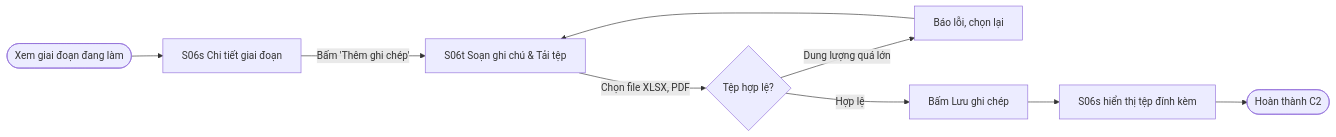
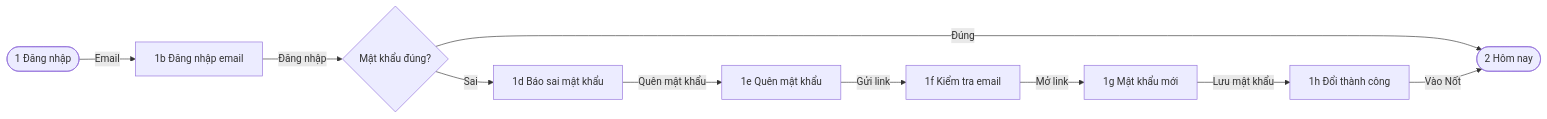
Before and after one commit to FU-PRM-Projects/prm393-lab2-group9: the eighth of 17 diagrams in ux/user-flow.md, drawn with Mermaid. The commit also changed other lines of this file and 7 other files, not shown here.

Commit message:
docs: align flows, screens, tokens and handoff with Figma

````diff
--- a/ux/user-flow.md
+++ b/ux/user-flow.md
@@ -157,11 +320,12 @@
 ```mermaid
 flowchart LR
-  A([Xem giai đoạn đang làm]) --> B["S06s Chi tiết giai đoạn"]
-  B -- Bấm 'Thêm ghi chép' --> C["S06t Soạn ghi chú & Tải tệp"]
-  C -- Chọn file XLSX, PDF --> D{"Tệp hợp lệ?"}
-  D -- Dung lượng quá lớn --> E["Báo lỗi, chọn lại"]
-  E --> C
-  D -- Hợp lệ --> F["Bấm Lưu ghi chép"]
-  F --> G["S06s hiển thị tệp đính kèm"]
-  G --> H([Hoàn thành C2])
+  A(["1 Đăng nhập"]) -- Email --> B["1b Đăng nhập email"]
+  B -- Đăng nhập --> Q{Mật khẩu đúng?}
+  Q -- Đúng --> H(["2 Hôm nay"])
+  Q -- Sai --> X["1d Báo sai mật khẩu"]
+  X -- Quên mật khẩu --> F["1e Quên mật khẩu"]
+  F -- Gửi link --> C["1f Kiểm tra email"]
+  C -- Mở link --> N["1g Mật khẩu mới"]
+  N -- Lưu mật khẩu --> OK["1h Đổi thành công"]
+  OK -- Vào Nốt --> H
 ```
````
